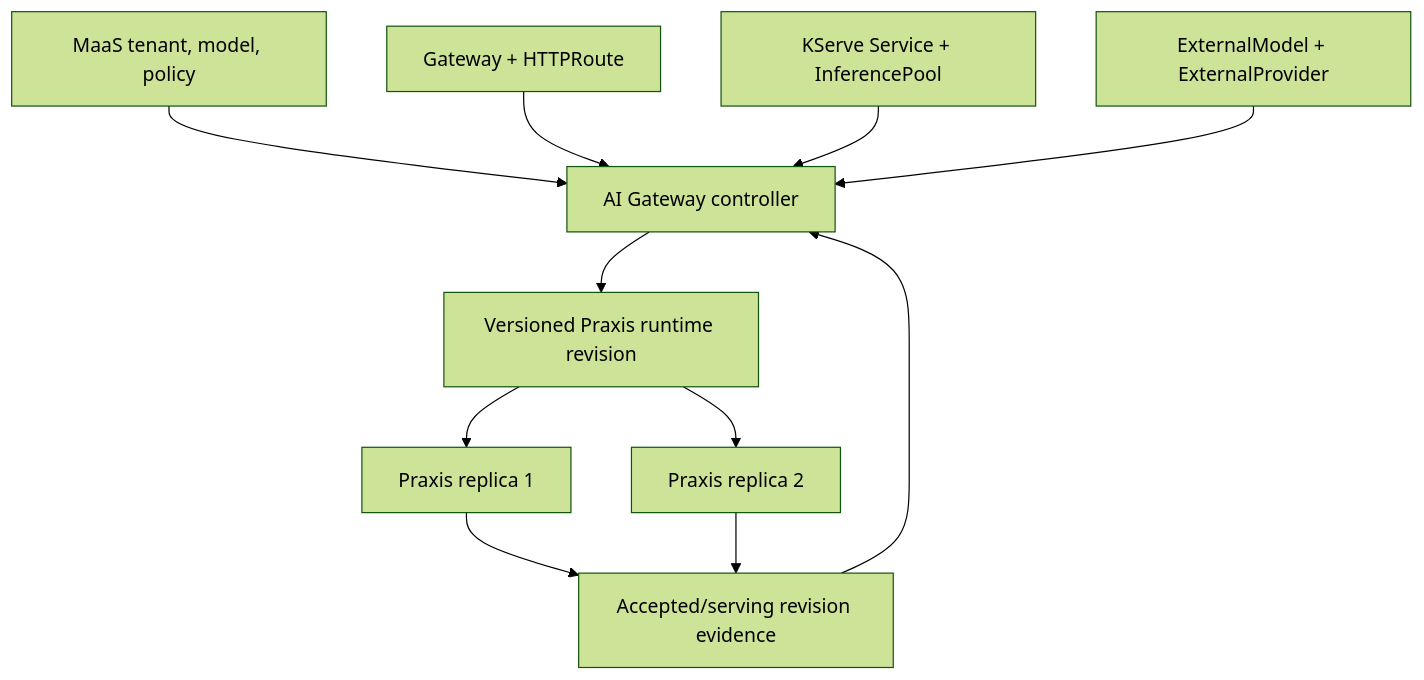
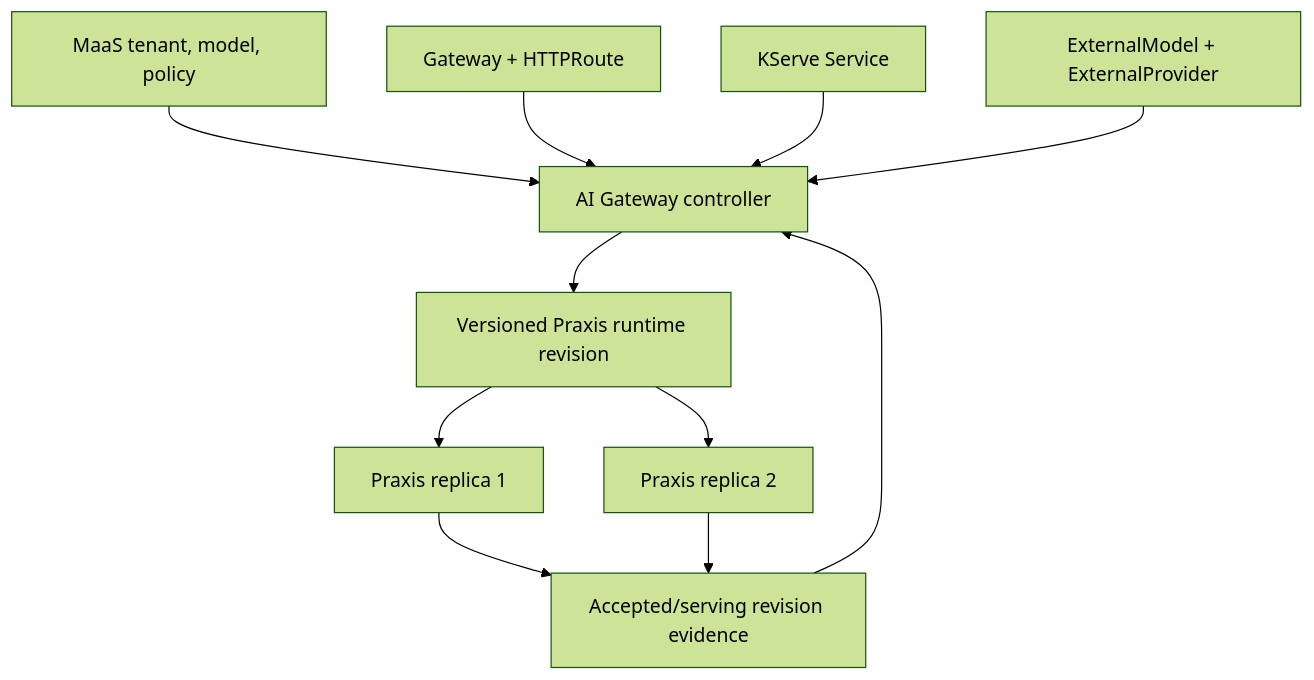
The fourth of 4 diagrams in research/praxis-maas-v3-data-path-spike.md (nerdalert/praxis-research-spikes), drawn with Mermaid (forest theme) before and after one commit. The commit also changed other lines of this file, not shown here.

Commit message:
docs: focus MaaS V3 on default KServe path

````diff
--- a/research/praxis-maas-v3-data-path-spike.md
+++ b/research/praxis-maas-v3-data-path-spike.md
@@ -438,13 +350,13 @@
 ```mermaid
 flowchart TB
   M[MaaS tenant, model, policy] --> C[AI Gateway controller]
   G[Gateway + HTTPRoute] --> C
-  K[KServe Service + InferencePool] --> C
+  K[KServe Service] --> C
   X[ExternalModel + ExternalProvider] --> C
   C --> R[Versioned Praxis runtime revision]
   R --> P1[Praxis replica 1]
   R --> P2[Praxis replica 2]
   P1 --> S[Accepted/serving revision evidence]
   P2 --> S
   S --> C
 ```
````
